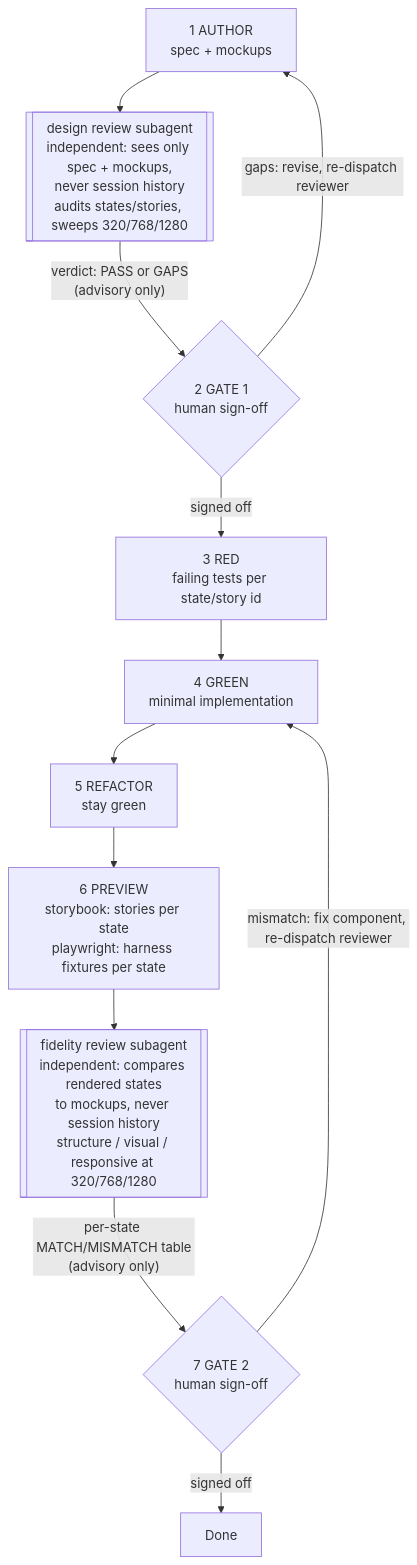
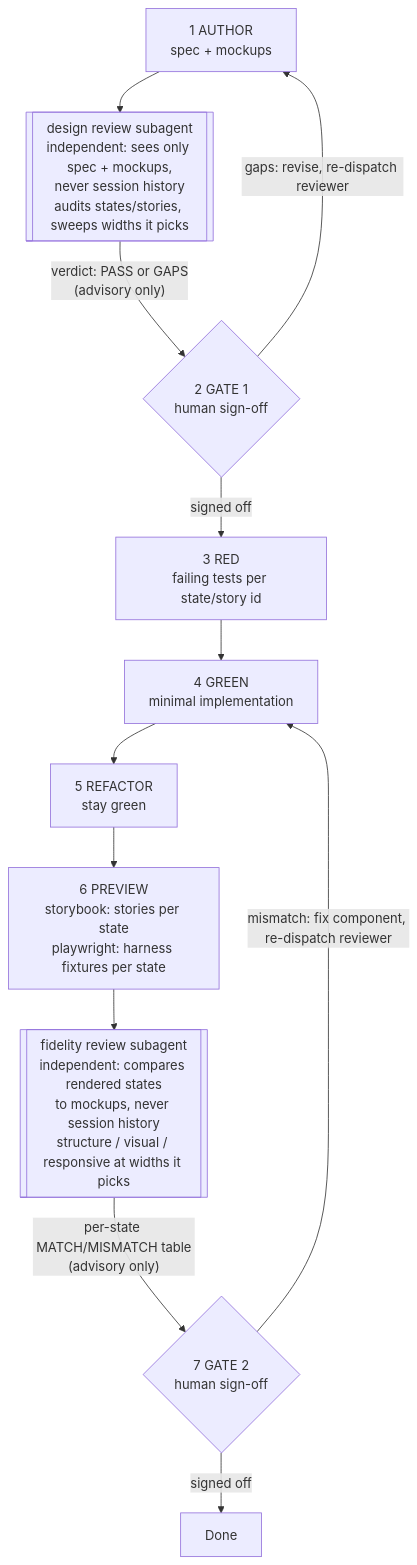
Before and after one commit to Tom-Davis34/claudius-guifex: the diagram in README.md, drawn with Mermaid. The commit also changed other lines of this file, not shown here.

First line of the commit message:
docs: readme reflects reviewer-chosen responsive verification

````diff
--- a/README.md
+++ b/README.md
@@ -119,14 +119,14 @@
 ```mermaid
 flowchart TD
-    A["1 AUTHOR<br/>spec + mockups"] --> SR1[["design review subagent<br/>independent: sees only spec + mockups,<br/>never session history<br/>audits states/stories, sweeps 320/768/1280"]]
+    A["1 AUTHOR<br/>spec + mockups"] --> SR1[["design review subagent<br/>independent: sees only spec + mockups,<br/>never session history<br/>audits states/stories, sweeps widths it picks"]]
     SR1 -- "verdict: PASS or GAPS<br/>(advisory only)" --> G1{"2 GATE 1<br/>human sign-off"}
     G1 -- "gaps: revise, re-dispatch reviewer" --> A
     G1 -- "signed off" --> R
     R["3 RED<br/>failing tests per state/story id"] --> G["4 GREEN<br/>minimal implementation"]
     G --> RF["5 REFACTOR<br/>stay green"]
     RF --> P["6 PREVIEW<br/>storybook: stories per state<br/>playwright: harness fixtures per state"]
-    P --> SR2[["fidelity review subagent<br/>independent: compares rendered states<br/>to mockups, never session history<br/>structure / visual / responsive at 320/768/1280"]]
+    P --> SR2[["fidelity review subagent<br/>independent: compares rendered states<br/>to mockups, never session history<br/>structure / visual / responsive at widths it picks"]]
     SR2 -- "per-state MATCH/MISMATCH table<br/>(advisory only)" --> G2{"7 GATE 2<br/>human sign-off"}
     G2 -- "mismatch: fix component, re-dispatch reviewer" --> G
     G2 -- "signed off" --> D["Done"]
 ```
````
